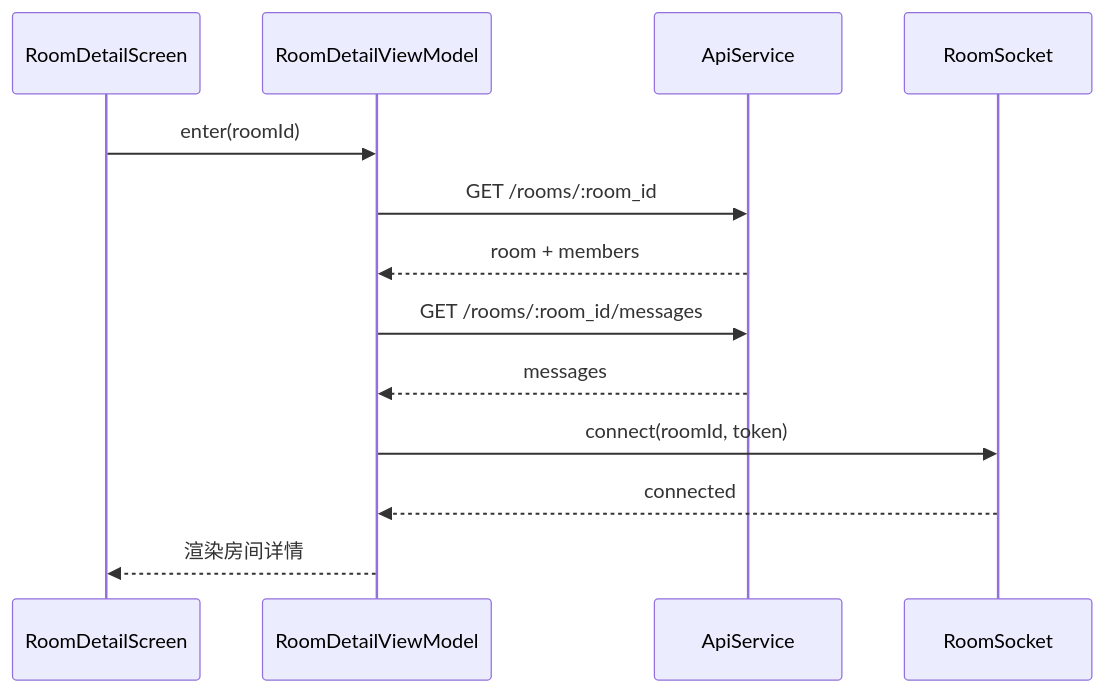
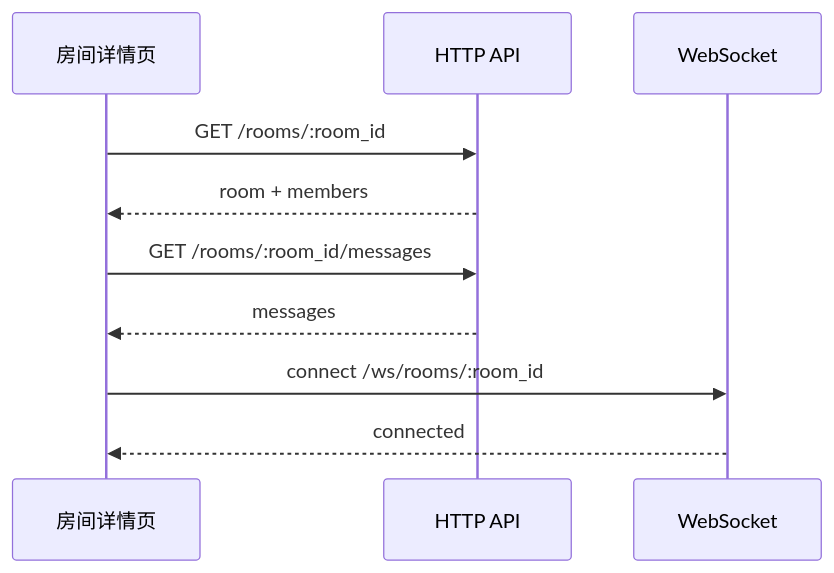
One commit to DancingCodes/room-app changed the fourth of 9 diagrams in docs/客户端逻辑设计.md. Above: the diagram before and after it, drawn with Mermaid. The commit also changed other lines of this file and 1 other file, not shown here.

````diff
--- a/docs/客户端逻辑设计.md
+++ b/docs/客户端逻辑设计.md
@@ -119,16 +73,13 @@
 ```mermaid
 sequenceDiagram
-    participant UI as RoomDetailScreen
-    participant VM as RoomDetailViewModel
-    participant Api as ApiService
-    participant WS as RoomSocket
+    participant UI as 房间详情页
+    participant Api as HTTP API
+    participant WS as WebSocket
 
-    UI->>VM: enter(roomId)
-    VM->>Api: GET /rooms/:room_id
-    Api-->>VM: room + members
-    VM->>Api: GET /rooms/:room_id/messages
-    Api-->>VM: messages
-    VM->>WS: connect(roomId, token)
-    WS-->>VM: connected
-    VM-->>UI: 渲染房间详情
+    UI->>Api: GET /rooms/:room_id
+    Api-->>UI: room + members
+    UI->>Api: GET /rooms/:room_id/messages
+    Api-->>UI: messages
+    UI->>WS: connect /ws/rooms/:room_id
+    WS-->>UI: connected
 ```
````
